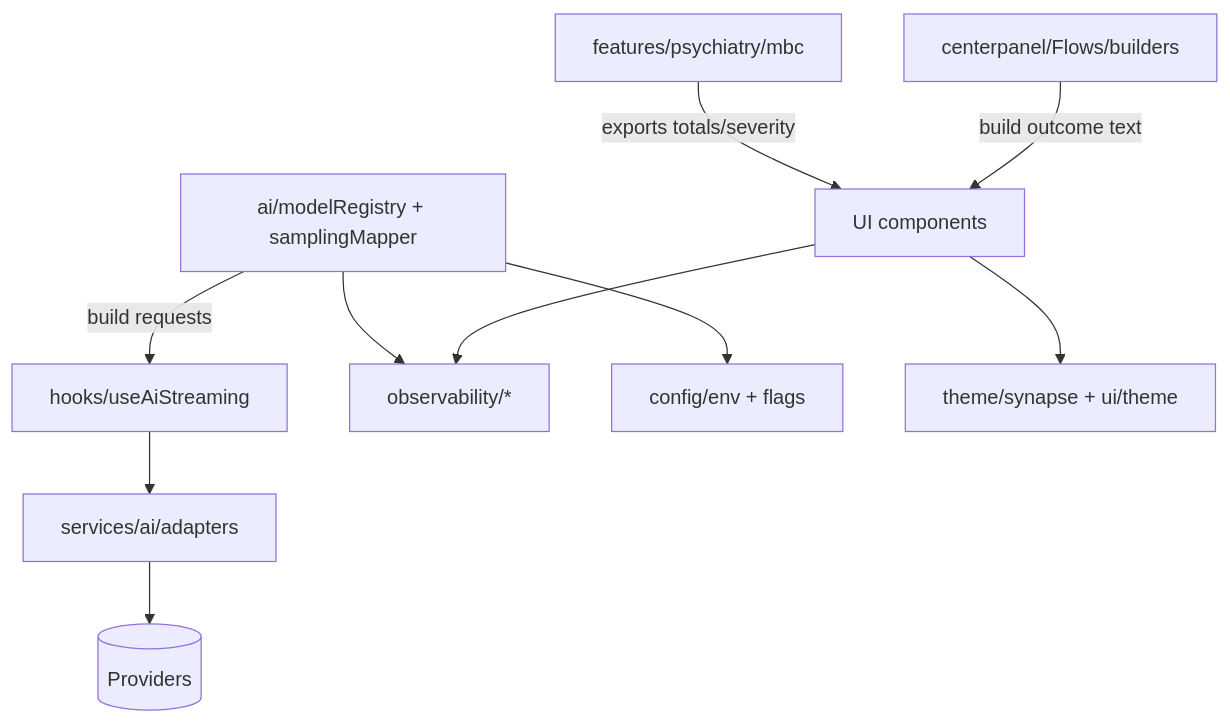
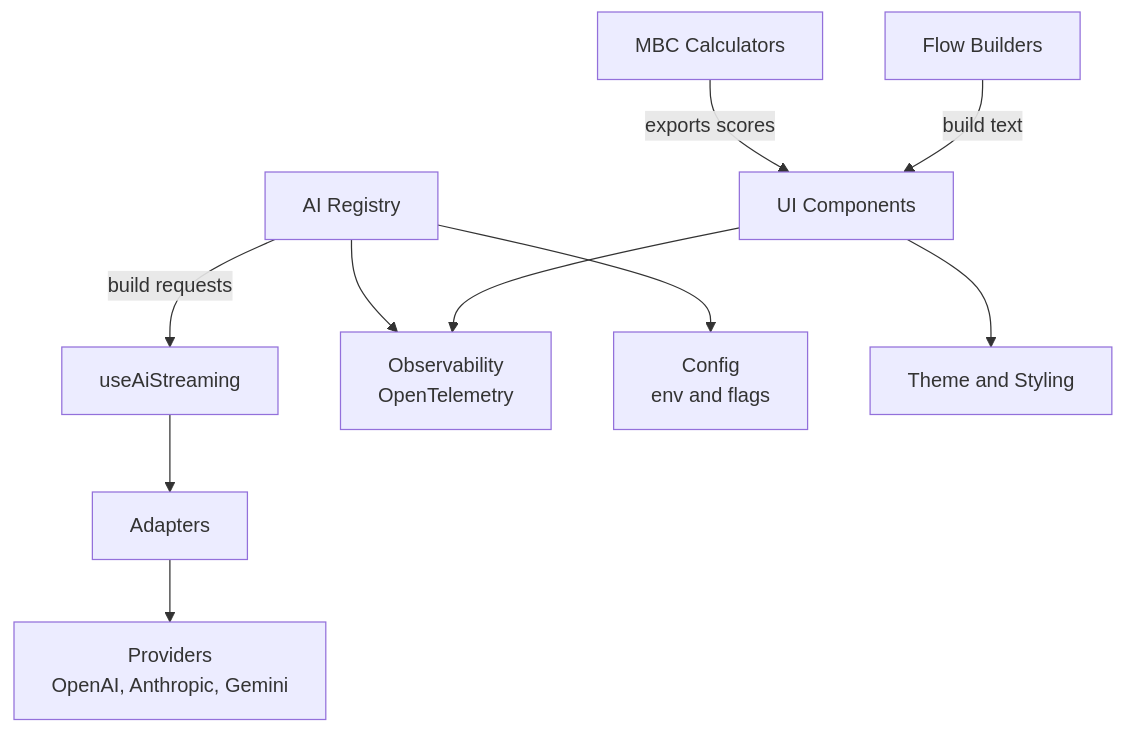
The fourth of 16 diagrams in README.md (mustafaras/Synapse_IDE_PSYCHIATRY), drawn with Mermaid before and after one commit. The commit also changed other lines of this file, not shown here.

````diff
--- a/README.md
+++ b/README.md
@@ -221,12 +225,12 @@
 ```mermaid
 graph TD
-  A[features/psychiatry/mbc] -->|exports totals/severity| UI[UI components]
-  B[centerpanel/Flows/builders] -->|build outcome text| UI
-  C[ai/modelRegistry + samplingMapper] -->|build requests| Hook[hooks/useAiStreaming]
-  Hook --> Ad[services/ai/adapters]
-  Ad --> Prov[(Providers)]
-  C --> Obs[observability/*]
+  A["MBC Calculators"] -->|exports scores| UI["UI Components"]
+  B["Flow Builders"] -->|build text| UI
+  C["AI Registry"] -->|build requests| Hook["useAiStreaming"]
+  Hook --> Ad["Adapters"]
+  Ad --> Prov["Providers<br/>OpenAI, Anthropic, Gemini"]
+  C --> Obs["Observability<br/>OpenTelemetry"]
   UI --> Obs
-  C --> Cfg[config/env + flags]
-  UI --> Theme[theme/synapse + ui/theme]
+  C --> Cfg["Config<br/>env and flags"]
+  UI --> Theme["Theme and Styling"]
 ```
````
